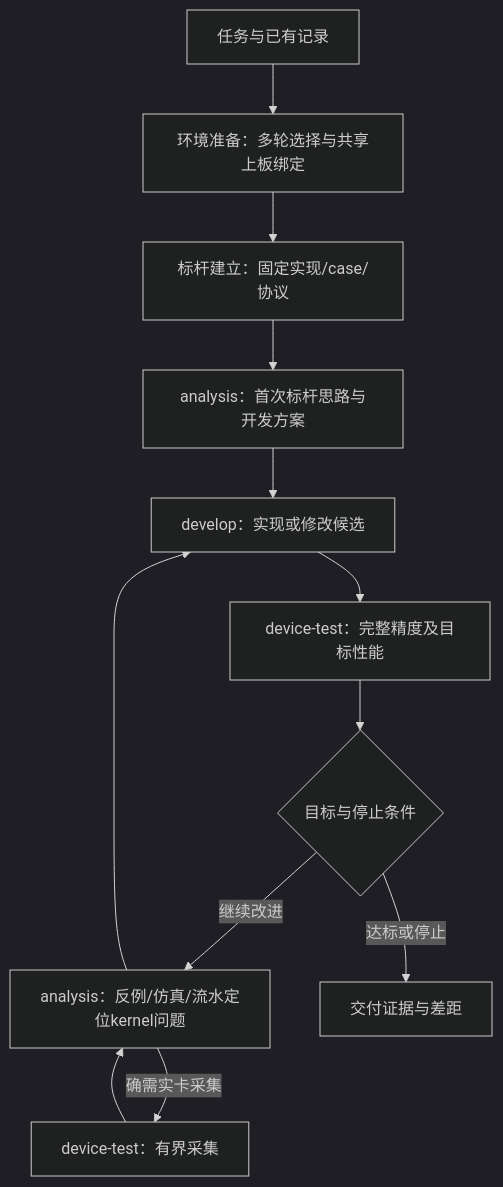
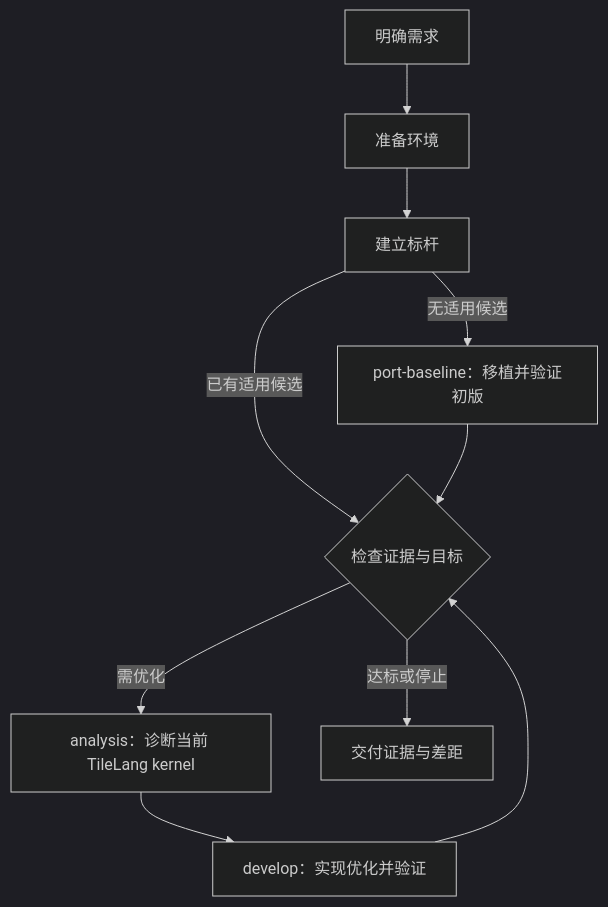
The diagram in docs/nodes/design.md (tile-ai/tilelang-mlir-ascend), drawn with Mermaid (dark theme) before and after one commit. The commit also changed other lines of this file and 92 other files, not shown here.

First line of the commit message:
feat(harness): harden execution/evaluation pipeline, add analysis/develop knowledge base & search@2 dependency queue (#219)

````diff
--- a/docs/nodes/design.md
+++ b/docs/nodes/design.md
@@ -21,14 +21,12 @@
 ```mermaid
 flowchart TD
-    R[任务与已有记录] --> E[环境准备：多轮选择与共享上板绑定]
-    E --> B[标杆建立：固定实现/case/协议]
-    B --> A[analysis：首次标杆思路与开发方案]
-    A --> D[develop：实现或修改候选]
-    D --> T[device-test：完整精度及目标性能]
-    T --> C{目标与停止条件}
-    C -->|继续改进| X[analysis：反例/仿真/流水定位kernel问题]
-    X --> D
+    R[明确需求] --> E[准备环境]
+    E --> B[建立标杆]
+    B -->|无适用候选| P[port-baseline：移植并验证初版]
+    B -->|已有适用候选| C{检查证据与目标}
+    P --> C
+    C -->|需优化| A[analysis：诊断当前 TileLang kernel]
+    A --> D[develop：实现优化并验证]
+    D --> C
     C -->|达标或停止| O[交付证据与差距]
-    X -->|确需实卡采集| P[device-test：有界采集]
-    P --> X
 ```
````
